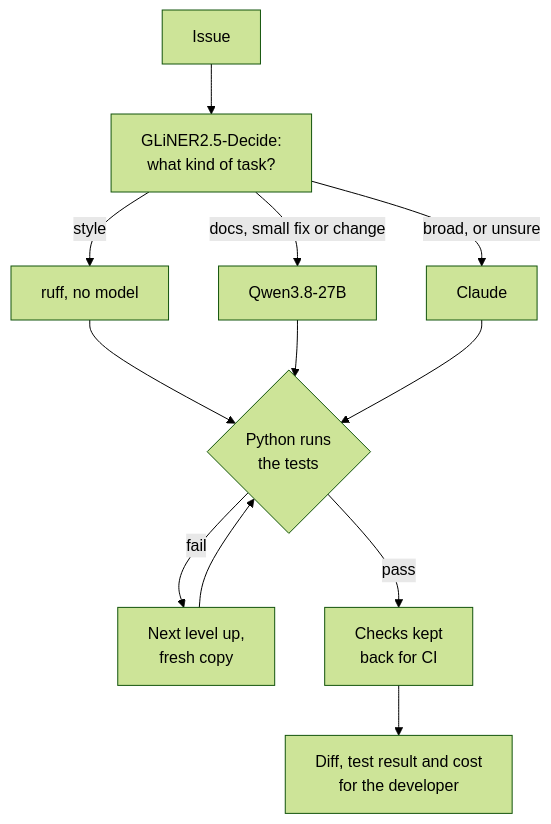
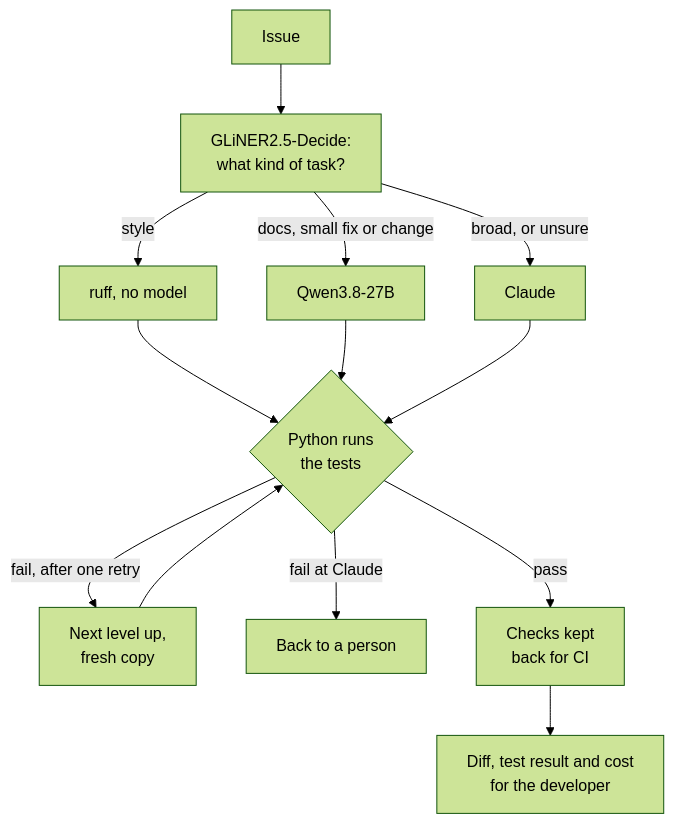
One commit to superlinked/cookbook changed the second of 2 diagrams in agentic/route_coding_tasks_to_open_models_first/README.md. Above: the diagram before and after it, drawn with Mermaid (forest theme). The commit also changed other lines of this file and 5 other files, not shown here.

````diff
--- a/agentic/route_coding_tasks_to_open_models_first/README.md
+++ b/agentic/route_coding_tasks_to_open_models_first/README.md
@@ -148,14 +150,15 @@
 ```mermaid
 flowchart TD
     I["Issue"] --> R["GLiNER2.5-Decide:<br/>what kind of task?"]
     R -->|"style"| T["ruff, no model"]
     R -->|"docs, small fix or change"| O["Qwen3.8-27B"]
     R -->|"broad, or unsure"| C["Claude"]
     T --> K{"Python runs<br/>the tests"}
     O --> K
     C --> K
-    K -->|"fail"| U["Next level up,<br/>fresh copy"]
+    K -->|"fail, after one retry"| U["Next level up,<br/>fresh copy"]
     U --> K
+    K -->|"fail at Claude"| P["Back to a person"]
     K -->|"pass"| CI["Checks kept<br/>back for CI"]
     CI --> D["Diff, test result and cost<br/>for the developer"]
 ```
````
